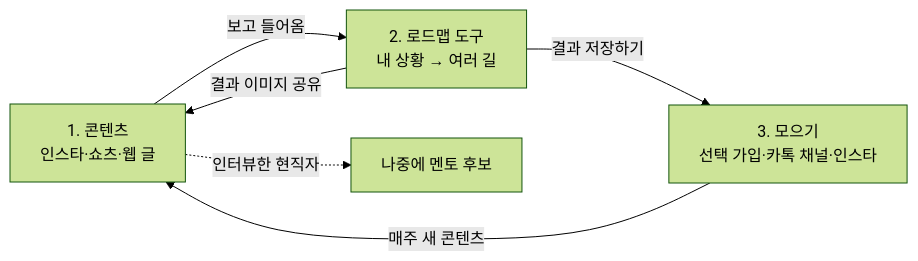
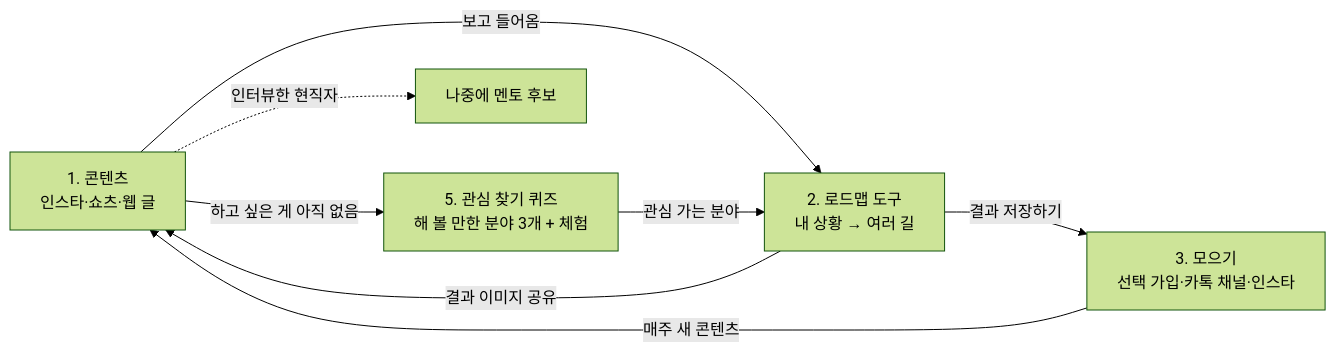
One commit to Sweet-Butters/youth-benefit-finder changed the diagram in docs/mvp.md. Above: the diagram before and after it, drawn with Mermaid (forest theme). The commit also changed other lines of this file and 5 other files, not shown here.

````diff
--- a/docs/mvp.md
+++ b/docs/mvp.md
@@ -43,8 +44,10 @@
 ```mermaid
 flowchart LR
     A["1. 콘텐츠<br/>인스타·쇼츠·웹 글"] -->|"보고 들어옴"| B["2. 로드맵 도구<br/>내 상황 → 여러 길"]
+    A -->|"하고 싶은 게 아직 없음"| Q["5. 관심 찾기 퀴즈<br/>해 볼 만한 분야 3개 + 체험"]
+    Q -->|"관심 가는 분야"| B
     B -->|"결과 이미지 공유"| A
     B -->|"결과 저장하기"| C["3. 모으기<br/>선택 가입·카톡 채널·인스타"]
     C -->|"매주 새 콘텐츠"| A
     A -.->|"인터뷰한 현직자"| D["나중에 멘토 후보"]
 ```
````
